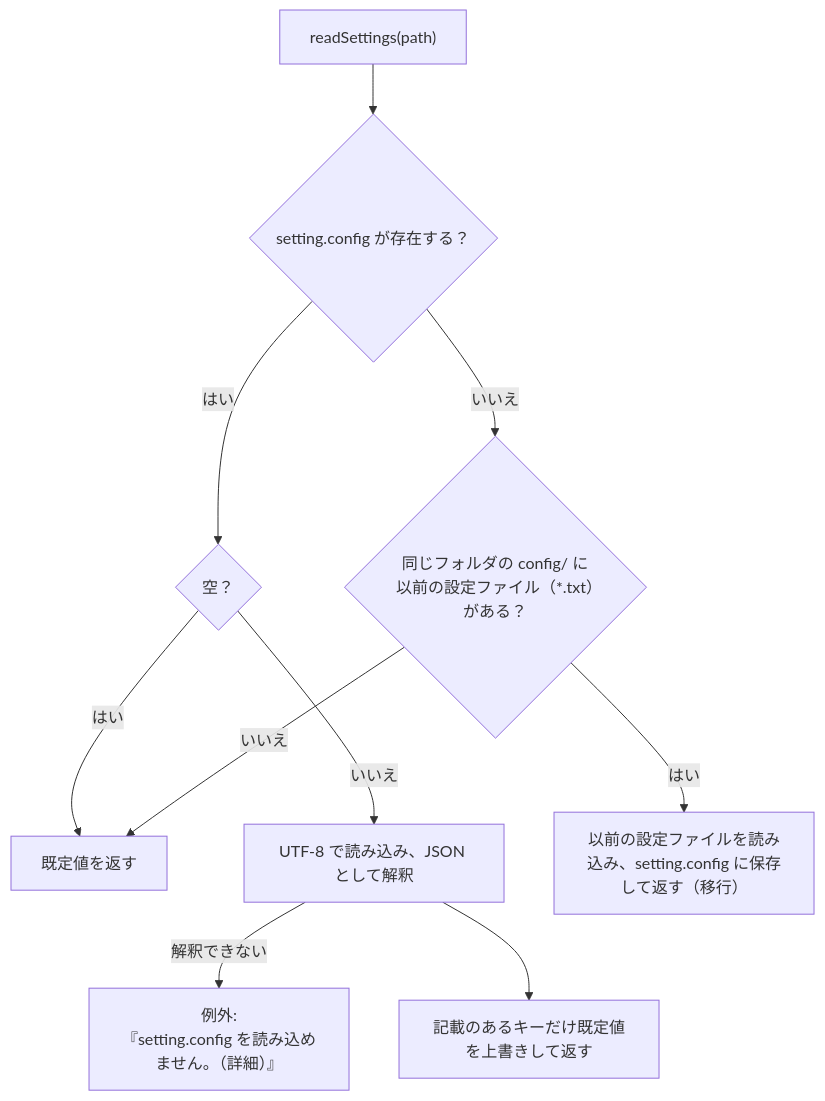
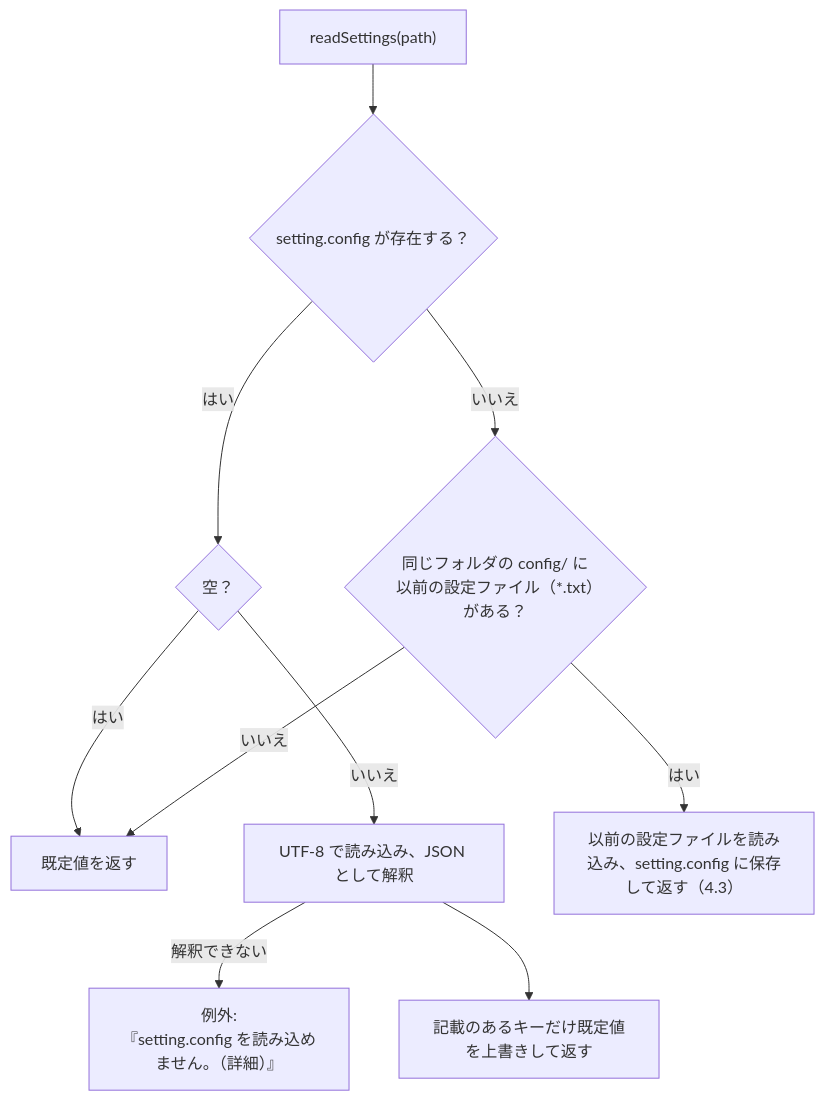
Before and after one commit to hsgwa/tebunko: the second of 2 diagrams in docs/00_共通_1_フォルダ構成と設定ファイル.md, drawn with Mermaid. The commit also changed other lines of this file and 36 other files, not shown here.

````diff
--- a/docs/00_共通_1_フォルダ構成と設定ファイル.md
+++ b/docs/00_共通_1_フォルダ構成と設定ファイル.md
@@ -121,12 +181,12 @@
 ```mermaid
 flowchart TD
     A["readSettings(path)"] --> B{"setting.config が存在する？"}
     B -- はい --> C{"空？"}
     C -- はい --> D["既定値を返す"]
     C -- いいえ --> E["UTF-8 で読み込み、JSON として解釈"]
     E -- 解釈できない --> F["例外:<br>『setting.config を読み込めません。（詳細）』"]
     E --> G["記載のあるキーだけ既定値を上書きして返す"]
     B -- いいえ --> H{"同じフォルダの config/ に以前の設定ファイル（*.txt）がある？"}
     H -- いいえ --> D
-    H -- はい --> I["以前の設定ファイルを読み込み、setting.config に保存して返す（移行）"]
+    H -- はい --> I["以前の設定ファイルを読み込み、setting.config に保存して返す（4.3）"]
 ```
````
